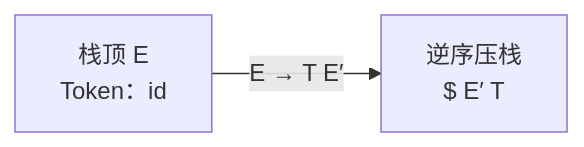
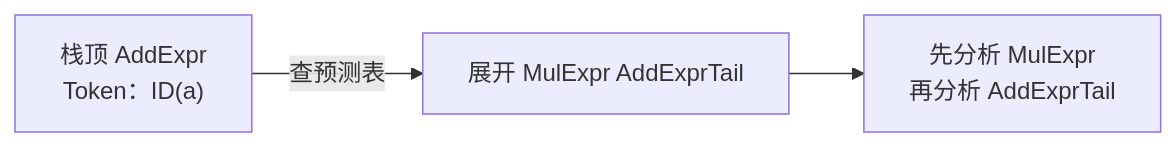
The third of 7 diagrams in docs/labs/part2-parser.md (lightsmilew/compiler-principles), drawn with Mermaid before and after one commit. The commit also changed other lines of this file and 8 other files, not shown here.

````diff
--- a/docs/labs/part2-parser.md
+++ b/docs/labs/part2-parser.md
@@ -172,4 +177,5 @@
 ```mermaid
 flowchart LR
-  A["栈顶 E<br/>Token：id"] -->|"E → T E′"| B["逆序压栈<br/>$ E′ T"]
+  A["栈顶 AddExpr<br/>Token：ID(a)"] -->|"查预测表"| B["展开 MulExpr AddExprTail"]
+  B --> C["先分析 MulExpr<br/>再分析 AddExprTail"]
 ```
````
